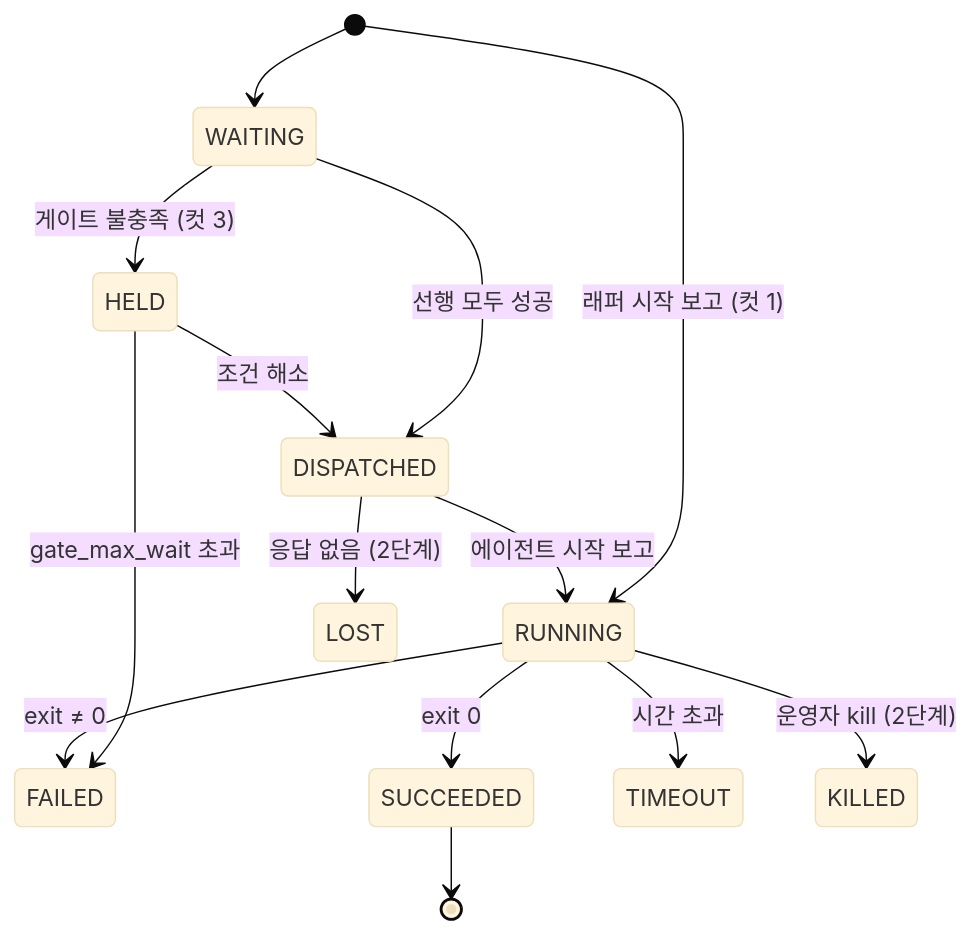
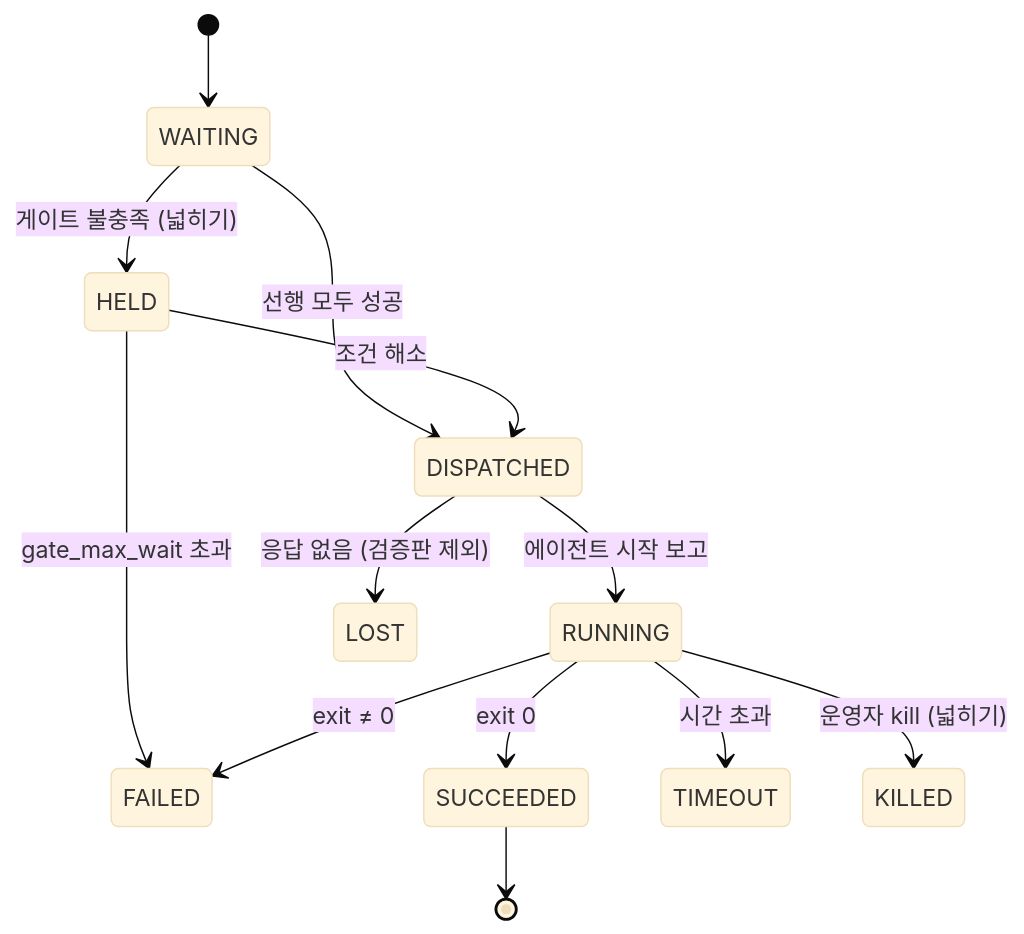
Before and after one commit to bulletgirls/contune: the third of 3 diagrams in docs/02-mvp-architecture.md, drawn with Mermaid (base theme). The commit also changed other lines of this file and 3 other files, not shown here.

````diff
--- a/docs/02-mvp-architecture.md
+++ b/docs/02-mvp-architecture.md
@@ -407,16 +414,15 @@
 ```mermaid
 stateDiagram-v2
   [*] --> WAITING
-  [*] --> RUNNING: 래퍼 시작 보고 (컷 1)
   WAITING --> DISPATCHED: 선행 모두 성공
-  WAITING --> HELD: 게이트 불충족 (컷 3)
+  WAITING --> HELD: 게이트 불충족 (넓히기)
   HELD --> DISPATCHED: 조건 해소
   HELD --> FAILED: gate_max_wait 초과
   DISPATCHED --> RUNNING: 에이전트 시작 보고
-  DISPATCHED --> LOST: 응답 없음 (2단계)
+  DISPATCHED --> LOST: 응답 없음 (검증판 제외)
   RUNNING --> SUCCEEDED: exit 0
   RUNNING --> FAILED: exit ≠ 0
   RUNNING --> TIMEOUT: 시간 초과
-  RUNNING --> KILLED: 운영자 kill (2단계)
+  RUNNING --> KILLED: 운영자 kill (넓히기)
   SUCCEEDED --> [*]
 ```
````
